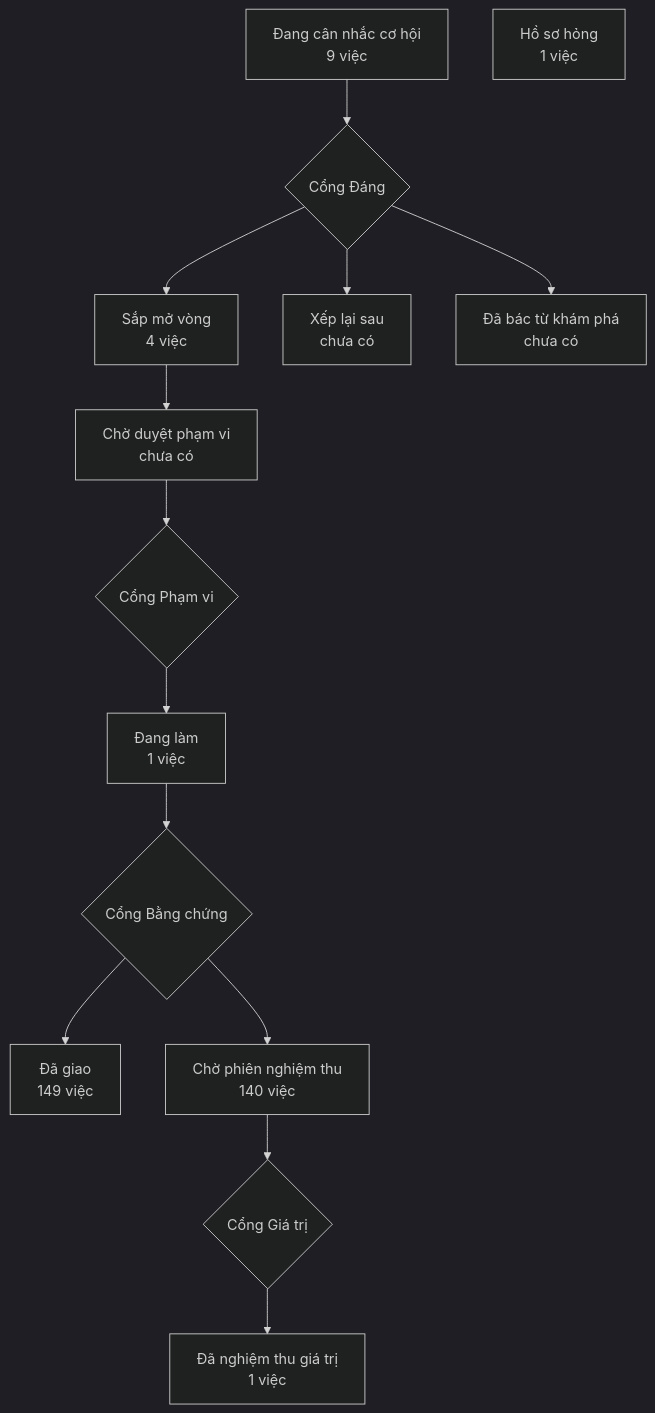
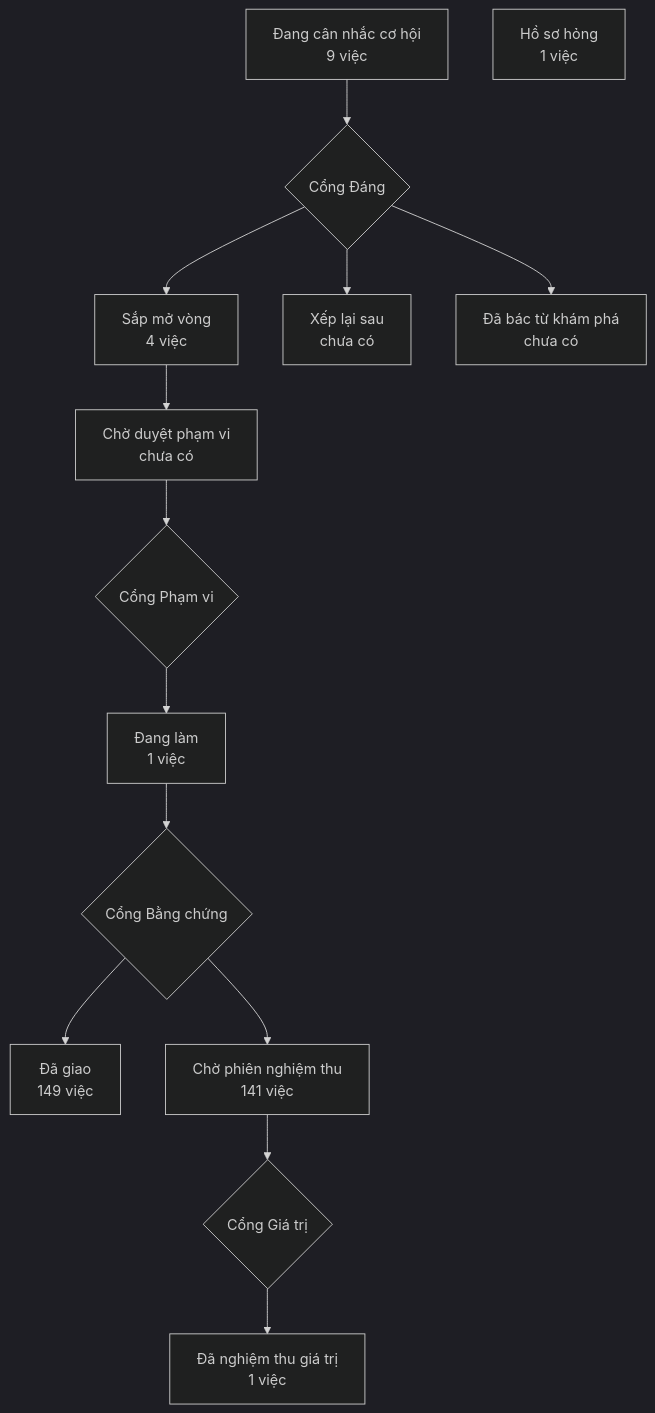
The diagram in PRODUCT-MAP.md (phanlemanh/crm-onehub), drawn with Mermaid (dark theme) before and after one commit. The commit also changed 1 other file, not shown here.

Commit message:
docs(lo-trinh-hien-ngay-du-kien): vẽ lại LO-TRINH.html trong clone độc lập sau gộp onehub

````diff
--- a/PRODUCT-MAP.md
+++ b/PRODUCT-MAP.md
@@ -7,13 +7,13 @@
 ```mermaid
 flowchart TD
   A["Đang cân nhắc cơ hội<br/>9 việc"] --> GD{"Cổng Đáng"}
   GD --> B["Sắp mở vòng<br/>4 việc"]
   GD --> XL["Xếp lại sau<br/>chưa có"]
   GD --> DB["Đã bác từ khám phá<br/>chưa có"]
   B --> CD["Chờ duyệt phạm vi<br/>chưa có"] --> GP{"Cổng Phạm vi"}
   GP --> DL["Đang làm<br/>1 việc"] --> GB{"Cổng Bằng chứng"}
   GB --> DG["Đã giao<br/>149 việc"]
-  GB --> CN["Chờ phiên nghiệm thu<br/>140 việc"] --> GG{"Cổng Giá trị"}
+  GB --> CN["Chờ phiên nghiệm thu<br/>141 việc"] --> GG{"Cổng Giá trị"}
   GG --> NT["Đã nghiệm thu giá trị<br/>1 việc"]
   HS["Hồ sơ hỏng<br/>1 việc"]
 ```
````
